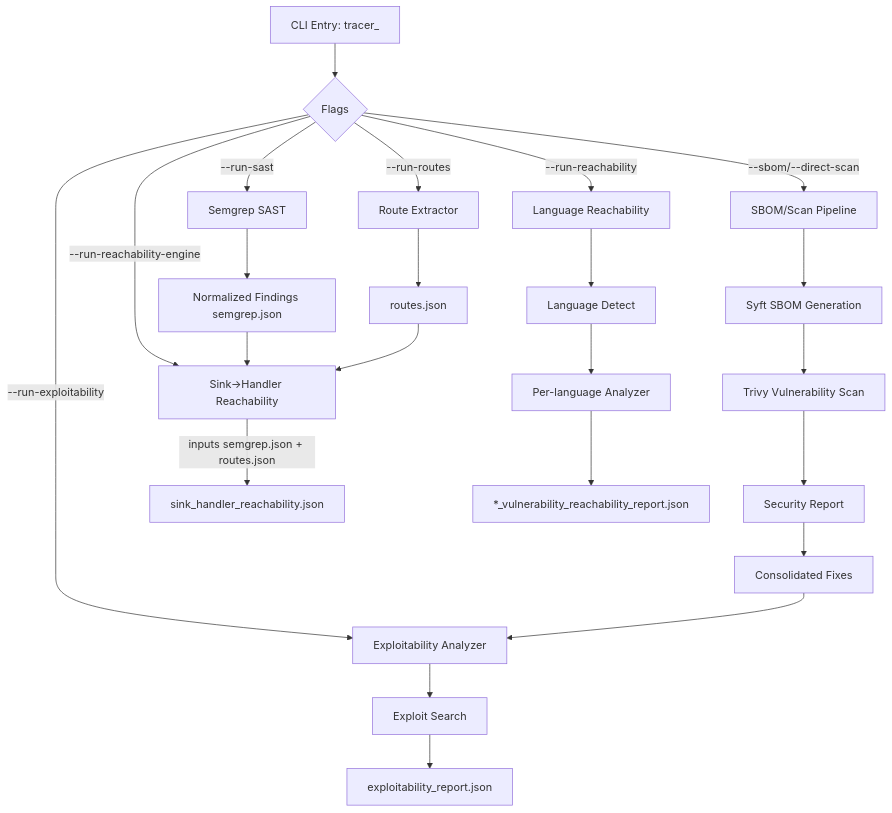
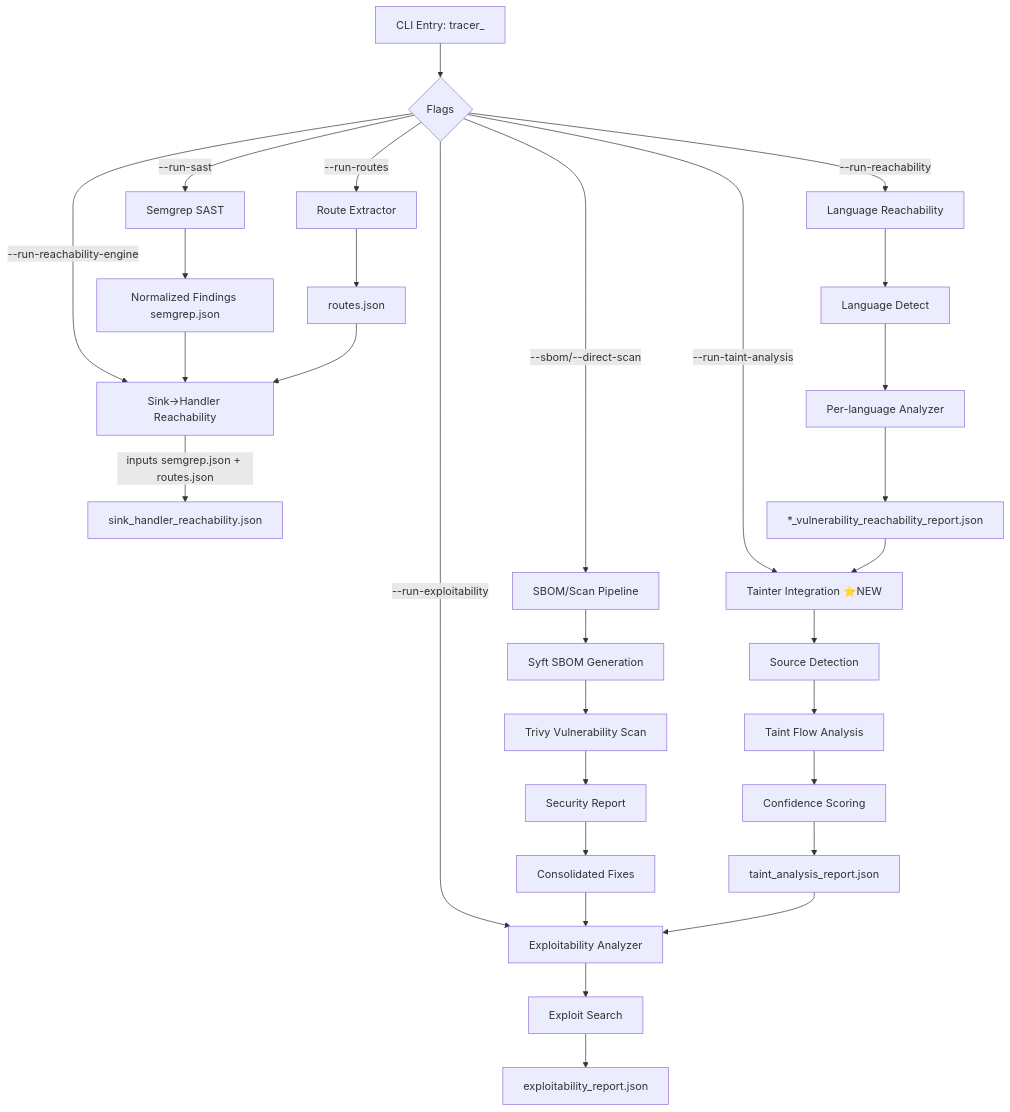
One commit to ihrishikesh0896/vulnreach changed the first of 3 diagrams in docs/flowcharts/ARCHITECTURE_FLOWCHART.md. Above: the diagram before and after it, drawn with Mermaid. The commit also changed other lines of this file and 83 other files, not shown here.

````diff
--- a/docs/flowcharts/ARCHITECTURE_FLOWCHART.md
+++ b/docs/flowcharts/ARCHITECTURE_FLOWCHART.md
@@ -3,32 +5,40 @@
 ```mermaid
 flowchart TD
     A[CLI Entry: tracer_] --> B{Flags}
     B -->|--sbom/--direct-scan| C[SBOM/Scan Pipeline]
     B -->|--run-sast| D[Semgrep SAST]
     B -->|--run-routes| E[Route Extractor]
     B -->|--run-reachability-engine| F[Sink→Handler Reachability]
     B -->|--run-reachability| G[Language Reachability]
     B -->|--run-exploitability| H[Exploitability Analyzer]
+    B -->|--run-taint-analysis| T[Tainter Integration ⭐NEW]
 
     C --> C1[Syft SBOM Generation]
     C1 --> C2[Trivy Vulnerability Scan]
     C2 --> C3[Security Report]
     C3 --> C4[Consolidated Fixes]
 
     D --> D1[Normalized Findings semgrep.json]
 
     E --> E1[routes.json]
 
     F -->|inputs semgrep.json + routes.json| F1[sink_handler_reachability.json]
 
     G --> G1[Language Detect]
     G1 --> G2[Per-language Analyzer]
     G2 --> G3[*_vulnerability_reachability_report.json]
 
     H --> H1[Exploit Search]
     H1 --> H2[exploitability_report.json]
 
+    T --> T1[Source Detection]
+    T1 --> T2[Taint Flow Analysis]
+    T2 --> T3[Confidence Scoring]
+    T3 --> T4[taint_analysis_report.json]
+
     C4 --> H
     D1 --> F
     E1 --> F
+    G3 --> T
+    T4 --> H
 ```
````
